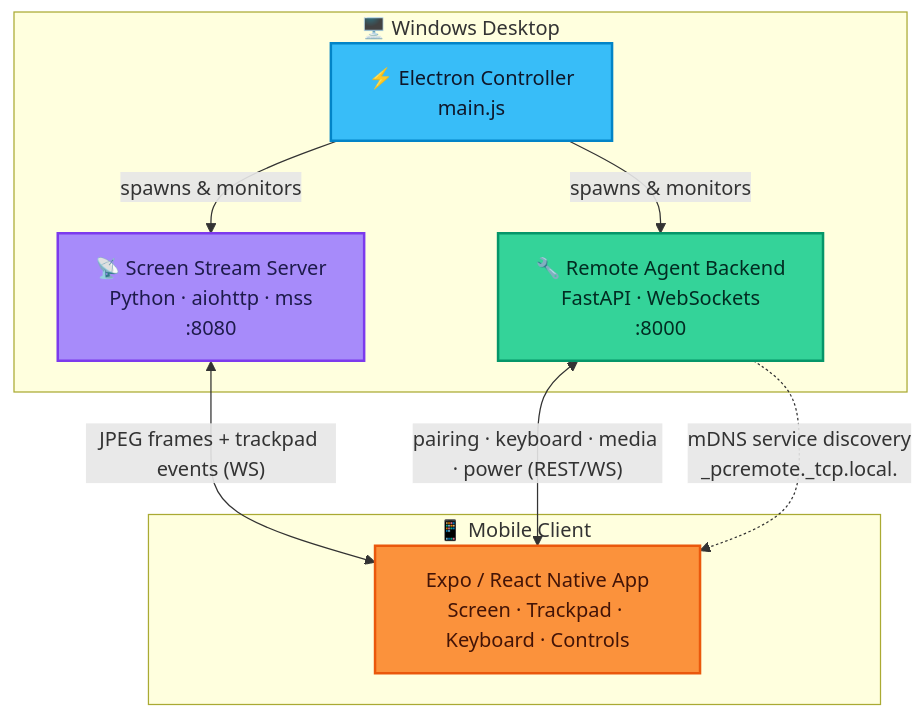
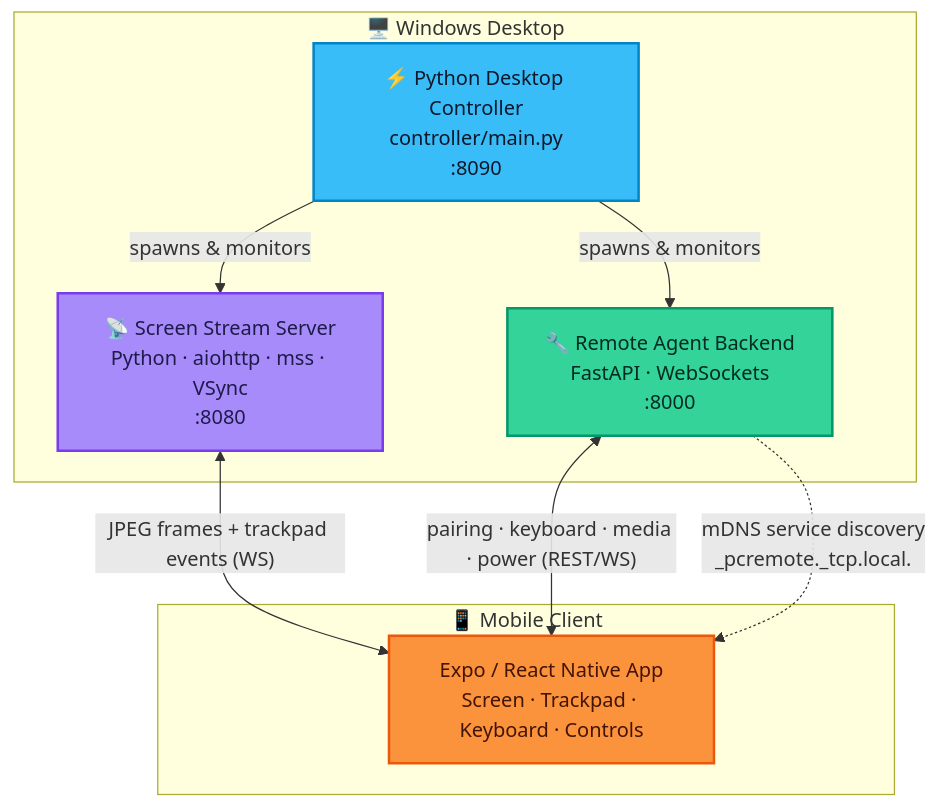
The second of 2 diagrams in README.md (ajaysaagar-dev/Vedi-Pocket-PC), drawn with Mermaid before and after one commit. The commit also changed other lines of this file and 58 other files, not shown here.

Commit message:
feat: implement process manager and controller logic to orchestrate mobile, stream, and backend server lifecycle

````diff
--- a/README.md
+++ b/README.md
@@ -187,23 +181,23 @@
 ```mermaid
 flowchart TB
     subgraph Desktop["🖥️ Windows Desktop"]
-        E["⚡ Electron Controller<br/>main.js"]
-        S["📡 Screen Stream Server<br/>Python · aiohttp · mss<br/>:8080"]
+        C["⚡ Python Desktop Controller<br/>controller/main.py<br/>:8090"]
+        S["📡 Screen Stream Server<br/>Python · aiohttp · mss · VSync<br/>:8080"]
         B["🔧 Remote Agent Backend<br/>FastAPI · WebSockets<br/>:8000"]
-        E -->|spawns & monitors| S
-        E -->|spawns & monitors| B
+        C -->|spawns & monitors| S
+        C -->|spawns & monitors| B
     end
 
     subgraph Phone["📱 Mobile Client"]
         M["Expo / React Native App<br/>Screen · Trackpad · Keyboard · Controls"]
     end
 
     S <-->|"JPEG frames + trackpad events (WS)"| M
     B <-->|"pairing · keyboard · media · power (REST/WS)"| M
     B -.->|"mDNS service discovery<br/>_pcremote._tcp.local."| M
 
-    style E fill:#38BDF8,color:#0f172a,stroke:#0284c7,stroke-width:2px
+    style C fill:#38BDF8,color:#0f172a,stroke:#0284c7,stroke-width:2px
     style S fill:#a78bfa,color:#1e1b4b,stroke:#7c3aed,stroke-width:2px
     style B fill:#34d399,color:#022c22,stroke:#059669,stroke-width:2px
     style M fill:#fb923c,color:#431407,stroke:#ea580c,stroke-width:2px
 ```
````
